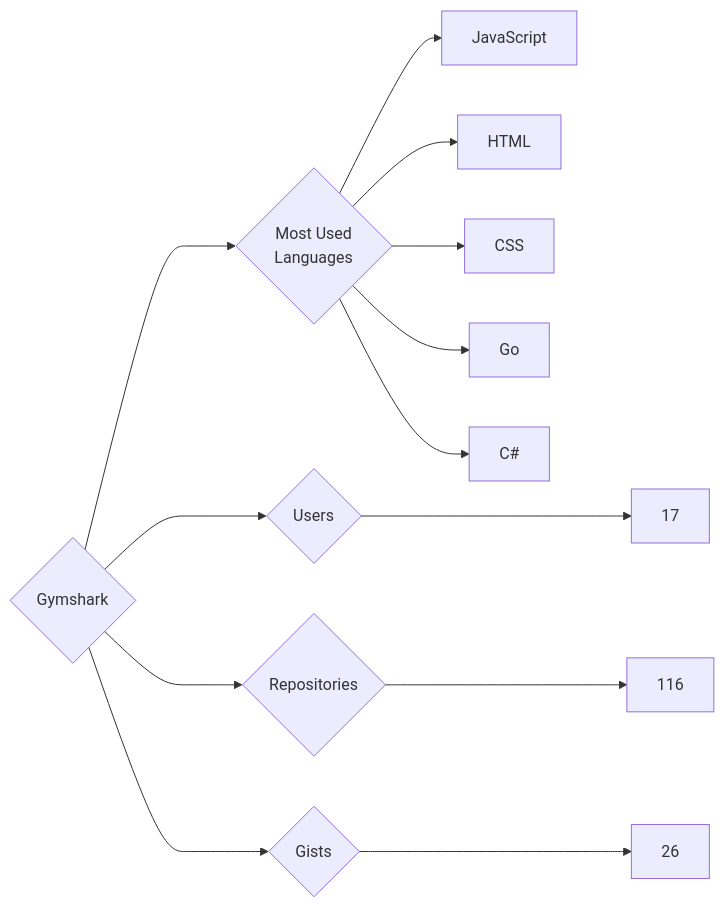
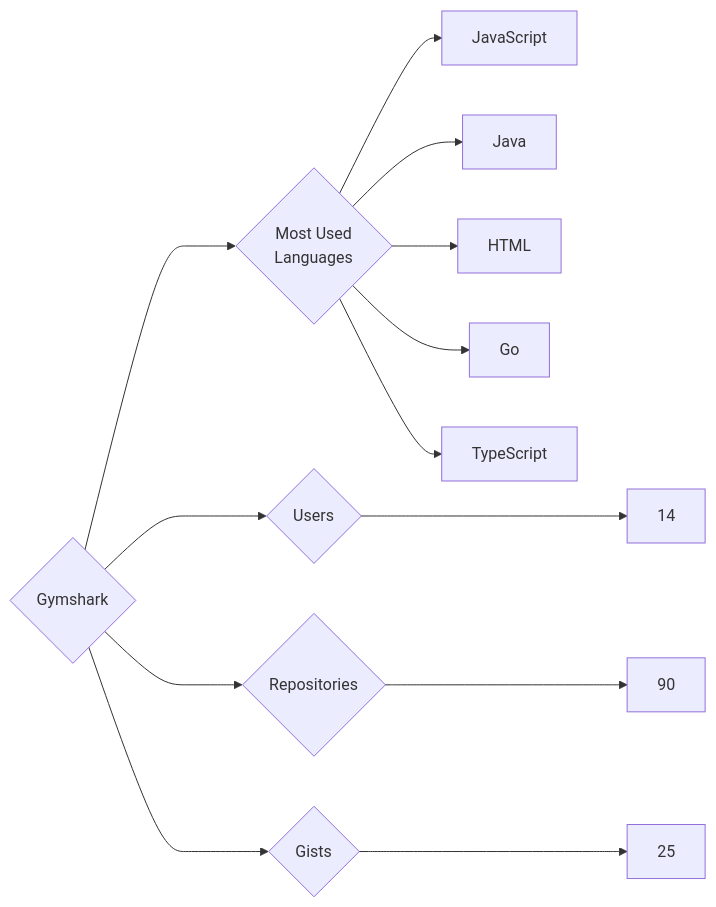
The diagram in targets/Gymshark/README.md (trickest/insiders), drawn with Mermaid before and after one commit. The commit also changed 944 other files, not shown here.

````diff
--- a/targets/Gymshark/README.md
+++ b/targets/Gymshark/README.md
@@ -3,13 +3,13 @@
 ```mermaid
 graph LR
 COMPANY_NAME{Gymshark}
-COMPANY_NAME ---> U{Users} ---> UN[17]
-COMPANY_NAME ---> R{Repositories} ---> RN[116]
-COMPANY_NAME ---> G{Gists} ---> GN[26]
+COMPANY_NAME ---> U{Users} ---> UN[14]
+COMPANY_NAME ---> R{Repositories} ---> RN[90]
+COMPANY_NAME ---> G{Gists} ---> GN[25]
 COMPANY_NAME ---> ML{Most Used<br>Languages}
 ML --> JavaScript[JavaScript]
+ML --> Java[Java]
 ML --> HTML[HTML]
-ML --> CSS[CSS]
 ML --> Go[Go]
-ML --> C#[C#]
+ML --> TypeScript[TypeScript]
 ```
````
